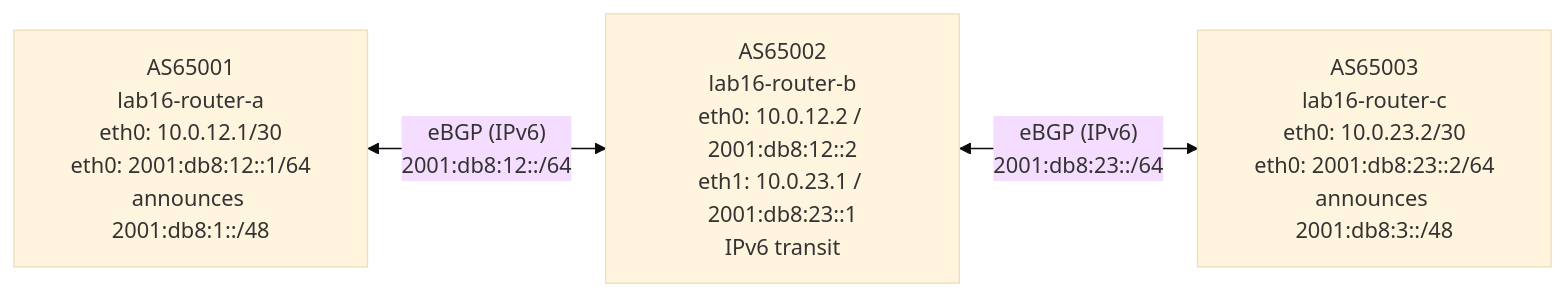
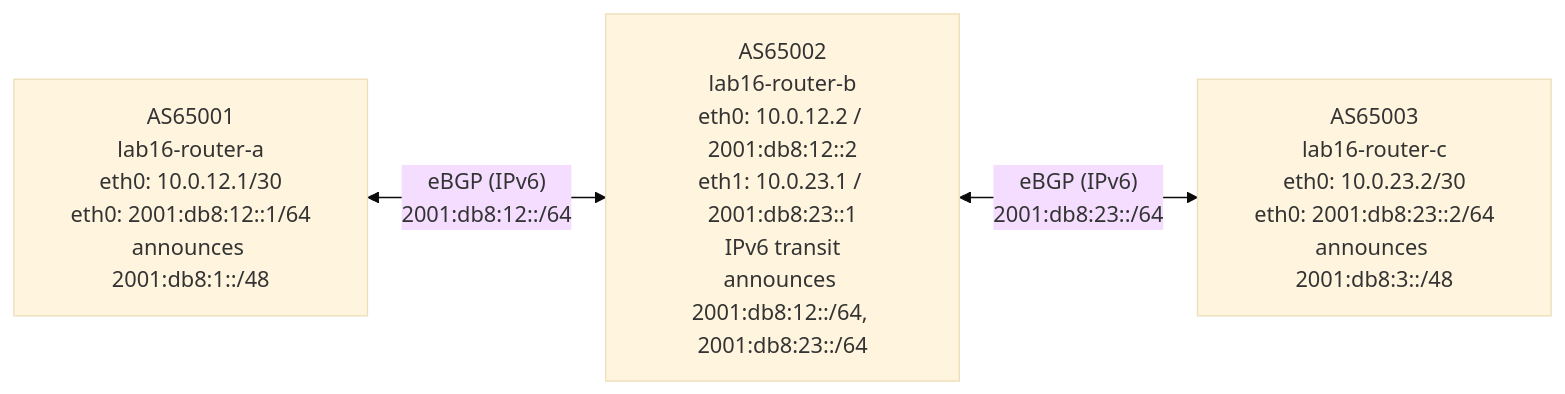
One commit to jkirklan/bgp-labs changed the diagram in lab16-ipv6-bgp/README.md. Above: the diagram before and after it, drawn with Mermaid (base theme). The commit also changed other lines of this file and 1 other file, not shown here.

First line of the commit message:
fix(lab16): router-b announces its link prefixes so Exercise 3 pings work

````diff
--- a/lab16-ipv6-bgp/README.md
+++ b/lab16-ipv6-bgp/README.md
@@ -29,9 +29,9 @@
 ```mermaid
 graph LR
     A["AS65001<br>lab16-router-a<br>eth0: 10.0.12.1/30<br>eth0: 2001:db8:12::1/64<br>announces 2001:db8:1::/48"]
-    B["AS65002<br>lab16-router-b<br>eth0: 10.0.12.2 / 2001:db8:12::2<br>eth1: 10.0.23.1 / 2001:db8:23::1<br>IPv6 transit"]
+    B["AS65002<br>lab16-router-b<br>eth0: 10.0.12.2 / 2001:db8:12::2<br>eth1: 10.0.23.1 / 2001:db8:23::1<br>IPv6 transit<br>announces 2001:db8:12::/64, 2001:db8:23::/64"]
     C["AS65003<br>lab16-router-c<br>eth0: 10.0.23.2/30<br>eth0: 2001:db8:23::2/64<br>announces 2001:db8:3::/48"]
 
     A <-->|"eBGP (IPv6)<br>2001:db8:12::/64"| B
     B <-->|"eBGP (IPv6)<br>2001:db8:23::/64"| C
 ```
````
